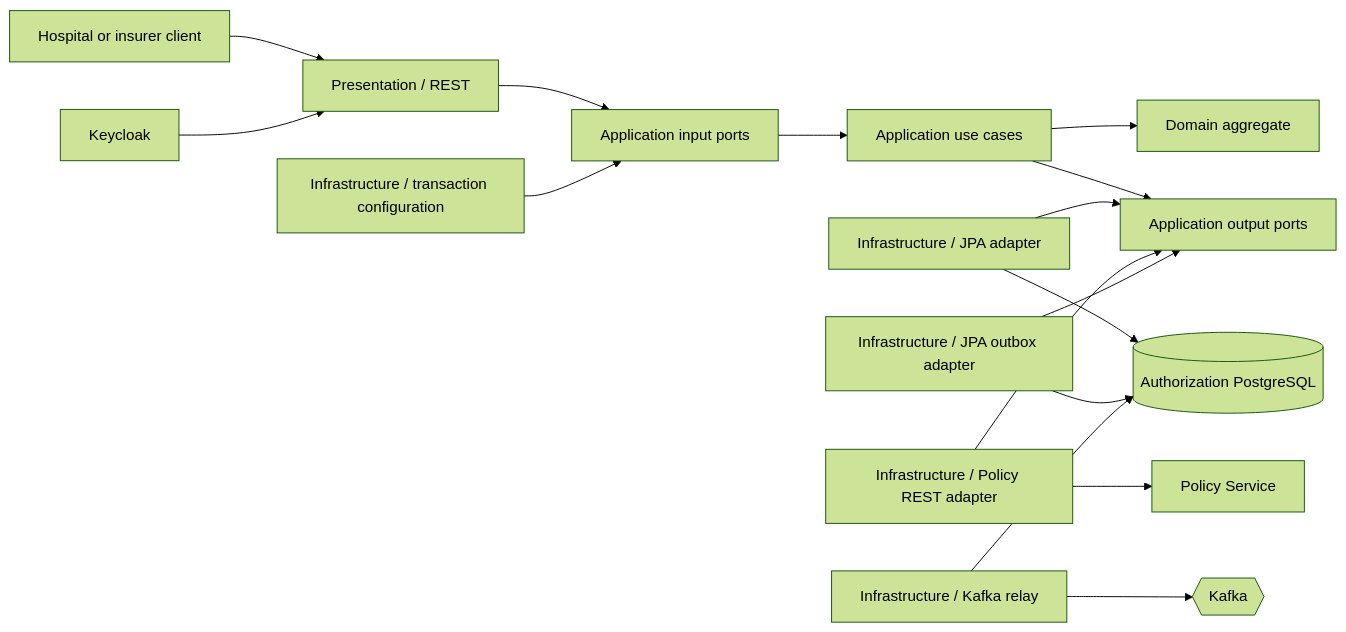
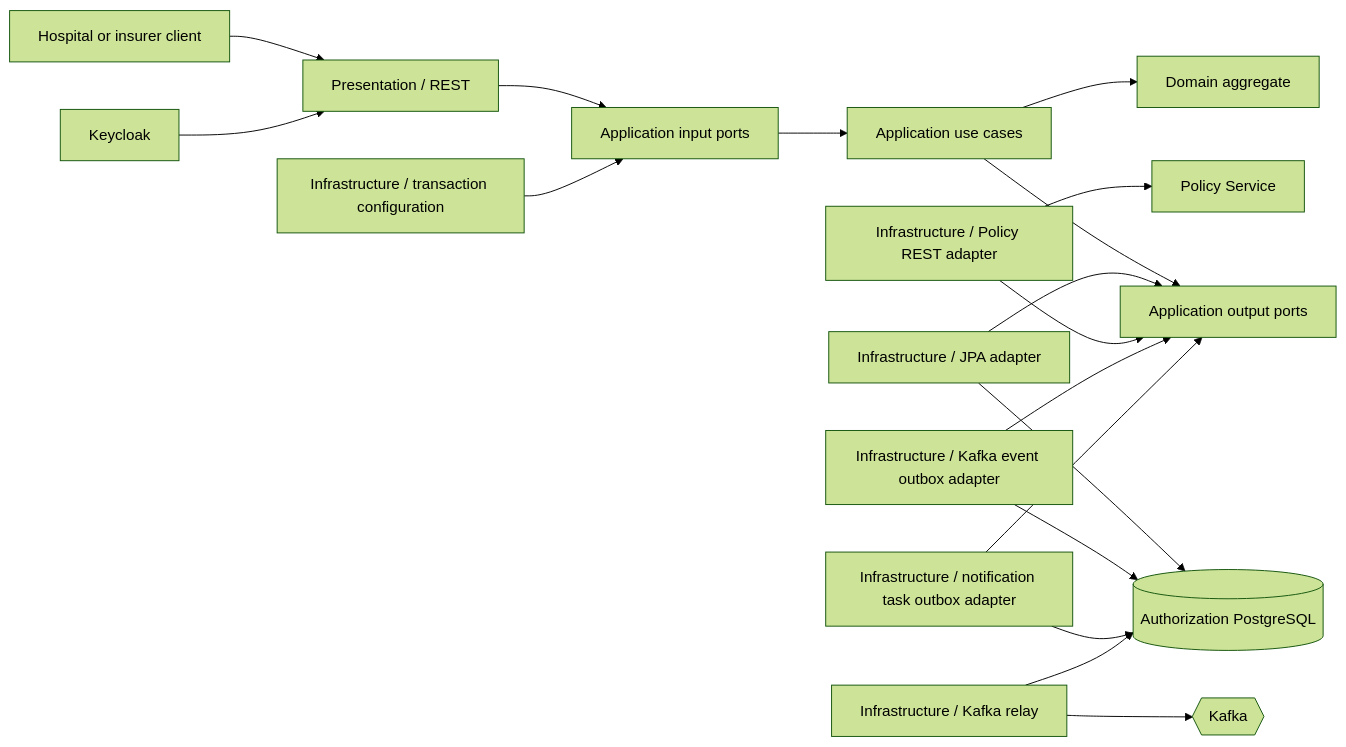
One commit to aydindemir1/health-insurance-platform changed the first of 3 diagrams in docs/architecture/authorization-service.md. Above: the diagram before and after it, drawn with Mermaid (forest theme). The commit also changed other lines of this file and 9 other files, not shown here.

Commit message:
docs: explain notification producer outbox

````diff
--- a/docs/architecture/authorization-service.md
+++ b/docs/architecture/authorization-service.md
@@ -5,18 +5,20 @@
 ```mermaid
 flowchart LR
     Client[Hospital or insurer client] --> Presentation[Presentation / REST]
     Presentation --> InputPorts[Application input ports]
     InputPorts --> UseCases[Application use cases]
     UseCases --> Domain[Domain aggregate]
     UseCases --> OutputPorts[Application output ports]
     Persistence[Infrastructure / JPA adapter] --> OutputPorts
     PolicyAdapter[Infrastructure / Policy REST adapter] --> OutputPorts
-    Outbox[Infrastructure / JPA outbox adapter] --> OutputPorts
+    EventOutbox[Infrastructure / Kafka event outbox adapter] --> OutputPorts
+    TaskOutbox[Infrastructure / notification task outbox adapter] --> OutputPorts
     Relay[Infrastructure / Kafka relay] --> Kafka{{Kafka}}
     Persistence --> Database[(Authorization PostgreSQL)]
     PolicyAdapter --> Policy[Policy Service]
-    Outbox --> Database
+    EventOutbox --> Database
+    TaskOutbox --> Database
     Relay --> Database
     Configuration[Infrastructure / transaction configuration] --> InputPorts
     Keycloak[Keycloak] --> Presentation
 ```
````
